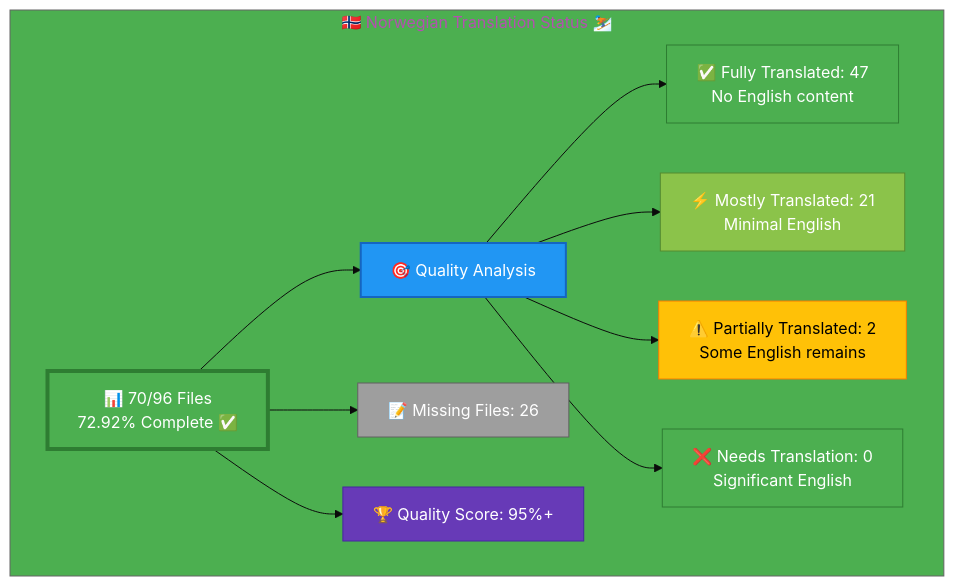
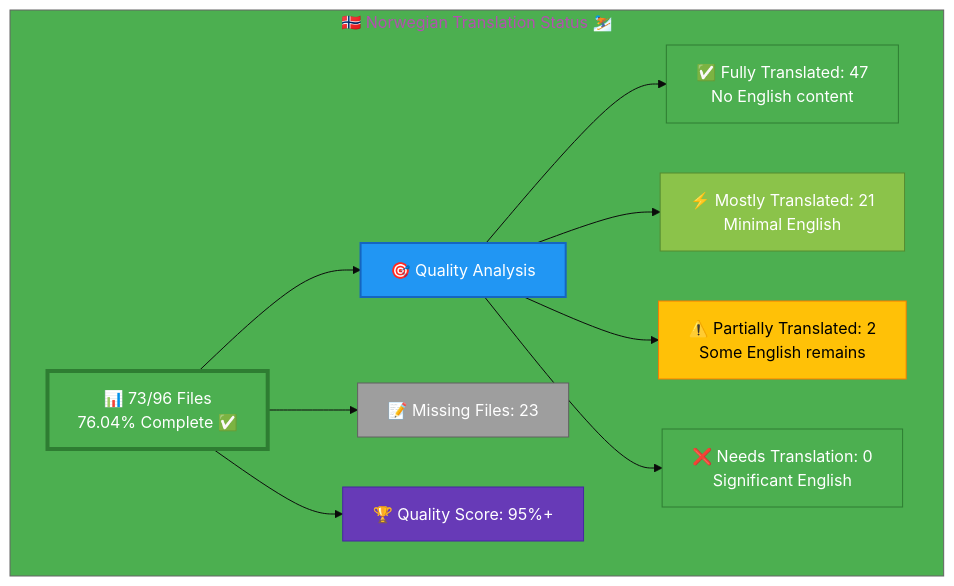
The diagram in Norwegian-Translation-Status.md (Hack23/homepage), drawn with Mermaid before and after one commit. The commit also changed other lines of this file and 3 other files, not shown here.

````diff
--- a/Norwegian-Translation-Status.md
+++ b/Norwegian-Translation-Status.md
@@ -12,26 +12,26 @@
 ```mermaid
 %%{init: {'theme':'base', 'themeVariables': {'primaryColor':'#4CAF50','secondaryColor':'#2196F3','tertiaryColor':'#4CAF50','fontSize':'16px'}}}%%
 graph TB
     subgraph "🇳🇴 Norwegian Translation Status ⛷️"
-        A["📊 70/96 Files<br/>72.92% Complete ✅ "]
+        A["📊 73/96 Files<br/>76.04% Complete ✅ "]
         
         A --> B["🎯 Quality Analysis"]
         B --> C["✅ Fully Translated: 47<br/>No English content"]
         B --> D["⚡ Mostly Translated: 21<br/>Minimal English"]
         B --> E["⚠️  Partially Translated: 2<br/>Some English remains"]
         B --> F["❌ Needs Translation: 0<br/>Significant English"]
         
-        A --> G["📝 Missing Files: 26"]
+        A --> G["📝 Missing Files: 23"]
         
         A --> H["🏆 Quality Score: 95%+"]
         
         style A fill:#4CAF50,stroke:#2E7D32,color:#fff,stroke-width:4px
         style B fill:#2196F3,stroke:#1565C0,color:#fff,stroke-width:2px
         style C fill:#4CAF50,stroke:#2E7D32,color:#fff
         style D fill:#8BC34A,stroke:#558B2F,color:#fff
         style E fill:#FFC107,stroke:#F57C00,color:#000
         style F fill:#4CAF50,stroke:#2E7D32,color:#fff
         style G fill:#9E9E9E,stroke:#616161,color:#fff
         style H fill:#673AB7,stroke:#4527A0,color:#fff
     end
 ```
````
